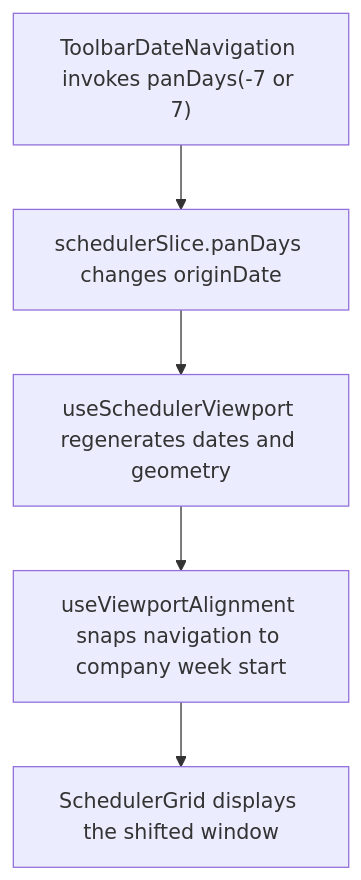
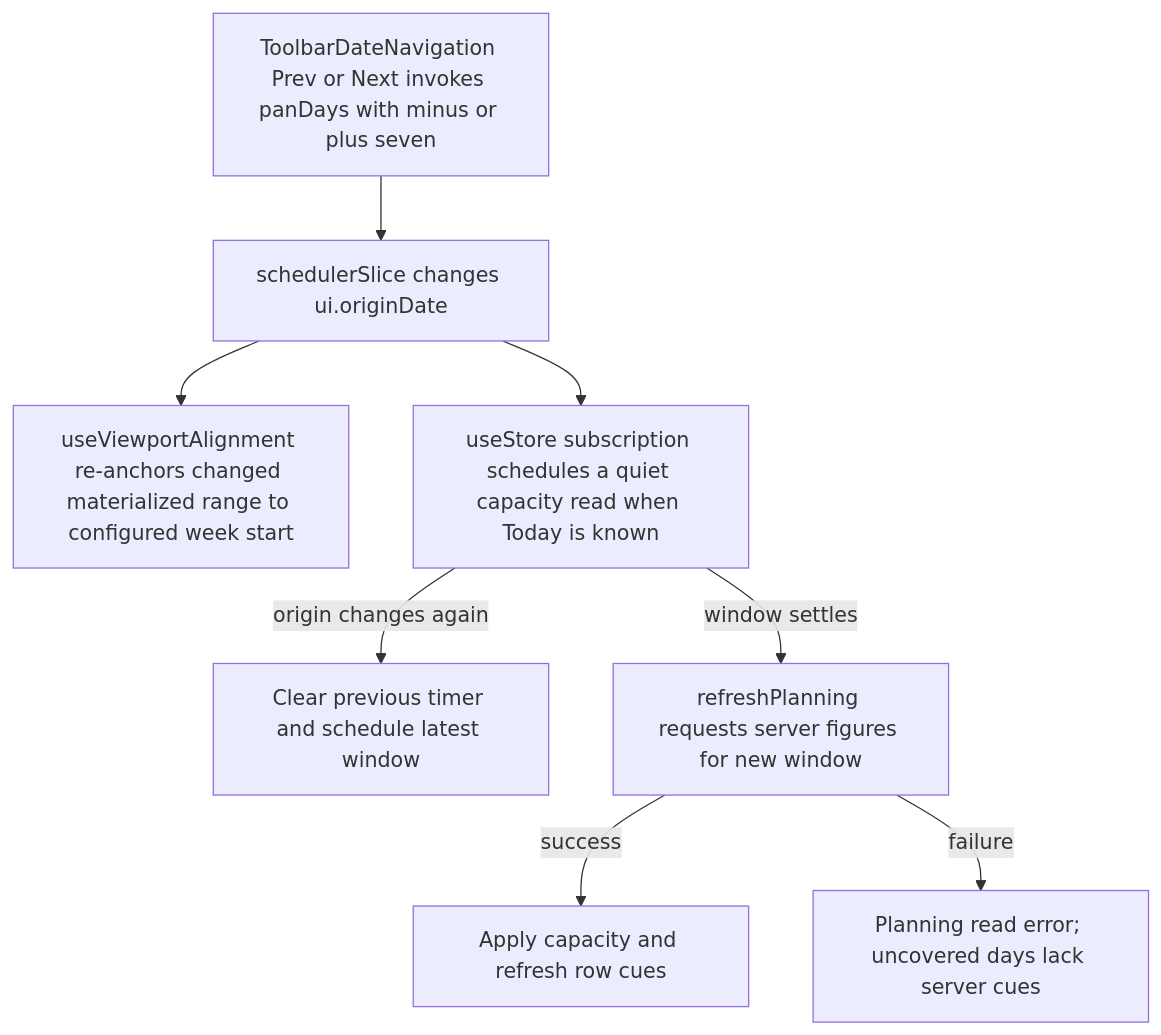
One commit to Kevinjohn/capacitylens changed the second of 2 diagrams in user-stories/toolbar/US-TBR-02-pan.md. Above: the diagram before and after it, drawn with Mermaid. The commit also changed other lines of this file and 172 other files, not shown here.

Commit message:
docs: reconcile user story code flows with source

````diff
--- a/user-stories/toolbar/US-TBR-02-pan.md
+++ b/user-stories/toolbar/US-TBR-02-pan.md
@@ -33,7 +33,10 @@
 ```mermaid
 flowchart TD
-  A["ToolbarDateNavigation invokes panDays(-7 or 7)"] --> B["schedulerSlice.panDays changes originDate"]
-  B --> C["useSchedulerViewport regenerates dates and geometry"]
-  C --> D["useViewportAlignment snaps navigation to company week start"]
-  D --> E["SchedulerGrid displays the shifted window"]
+  Nav["ToolbarDateNavigation Prev or Next invokes panDays with minus or plus seven"] --> Origin["schedulerSlice changes ui.originDate"]
+  Origin --> View["useViewportAlignment re-anchors changed materialized range to configured week start"]
+  Origin --> Window["useStore subscription schedules a quiet capacity read when Today is known"]
+  Window -->|origin changes again| Reschedule["Clear previous timer and schedule latest window"]
+  Window -->|window settles| Read["refreshPlanning requests server figures for new window"]
+  Read -->|success| Cues["Apply capacity and refresh row cues"]
+  Read -->|failure| Gap["Planning read error; uncovered days lack server cues"]
 ```
````
